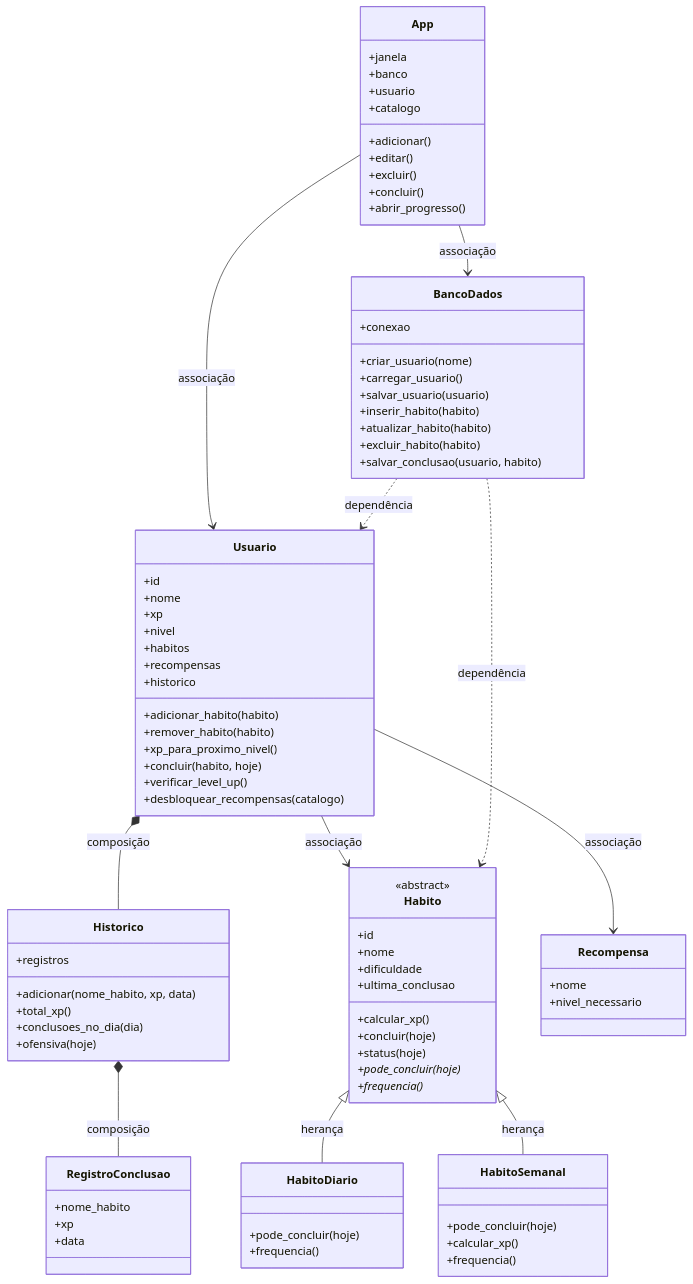
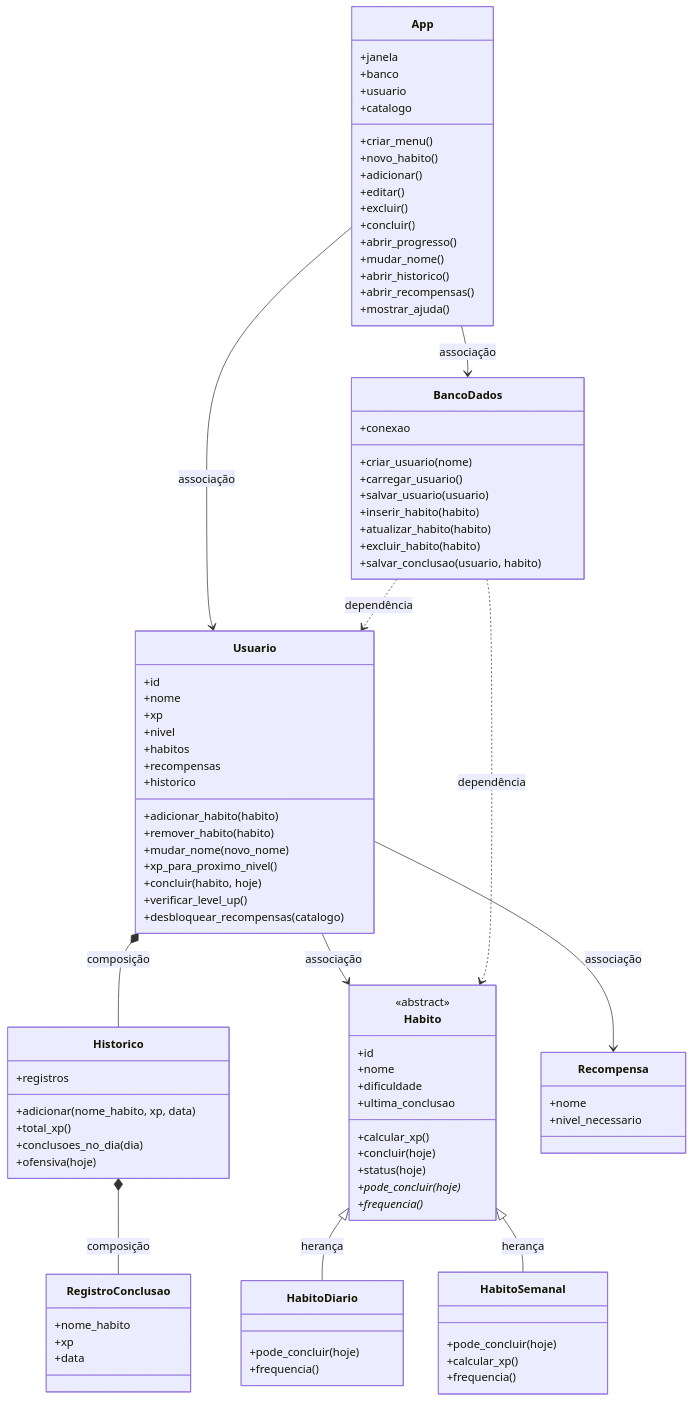
Before and after one commit to hpereira28/Atividade-Desktop: the diagram in README.md, drawn with Mermaid. The commit also changed other lines of this file and 4 other files, not shown here.

```diff
--- a/README.md
+++ b/README.md
@@ -105,6 +121,7 @@
         +historico
         +adicionar_habito(habito)
         +remover_habito(habito)
+        +mudar_nome(novo_nome)
         +xp_para_proximo_nivel()
         +concluir(habito, hoje)
         +verificar_level_up()
@@ -141,11 +158,17 @@
         +banco
         +usuario
         +catalogo
+        +criar_menu()
+        +novo_habito()
         +adicionar()
         +editar()
         +excluir()
         +concluir()
         +abrir_progresso()
+        +mudar_nome()
+        +abrir_historico()
+        +abrir_recompensas()
+        +mostrar_ajuda()
     }
 
     Habito <|-- HabitoDiario : herança
```
